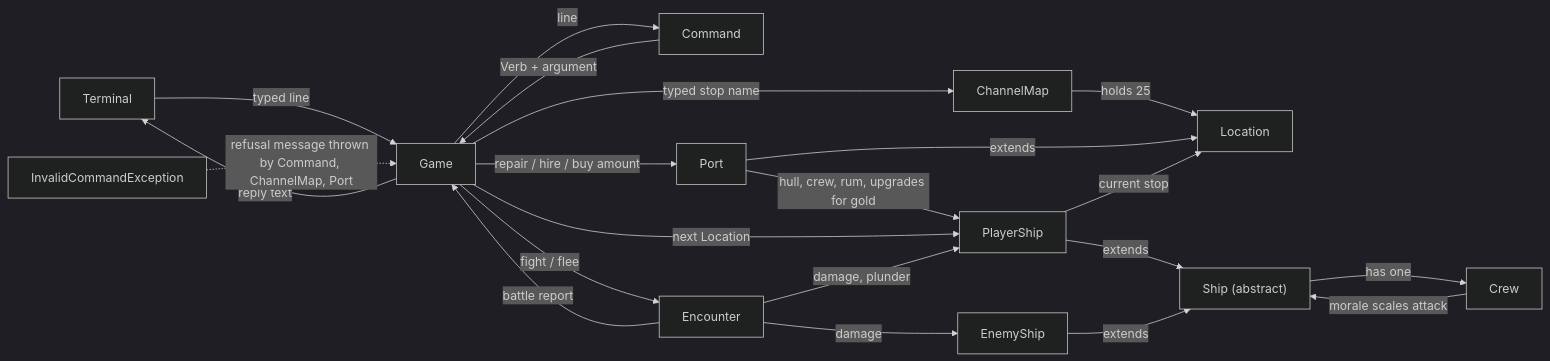
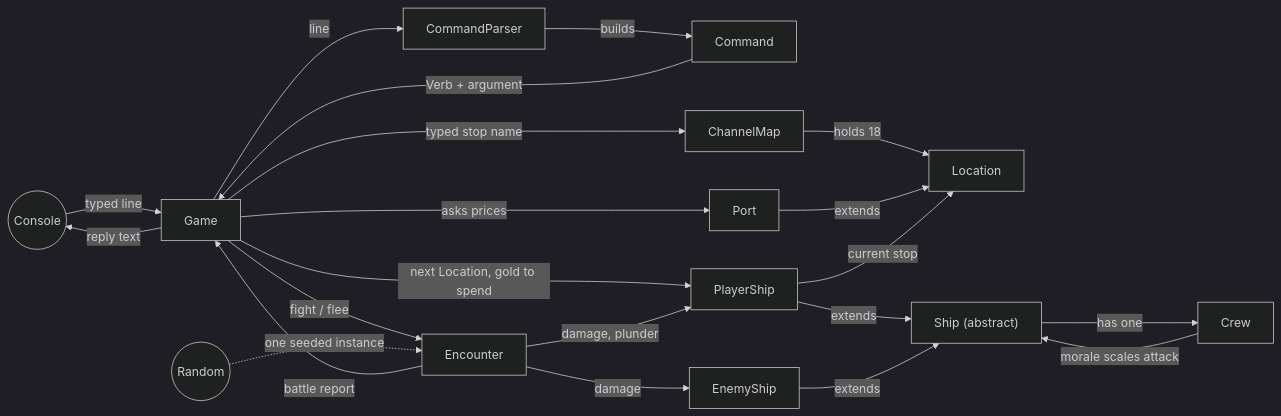
Before and after one commit to DRMarcosVT/cs2114-project1-group87: the diagram in docs/system-diagram.mmd, drawn with Mermaid (dark theme). The commit also changed 10 other files, not shown here.

```diff
--- a/docs/system-diagram.mmd
+++ b/docs/system-diagram.mmd
@@ -1,36 +1,36 @@
 flowchart LR
-    Terminal["Terminal"]
+    Console(("Console"))
+    Game["Game"]
+    CommandParser["CommandParser"]
     Command["Command"]
-    Invalid["InvalidCommandException"]
-    Game["Game"]
     ChannelMap["ChannelMap"]
     Location["Location"]
     Port["Port"]
     Encounter["Encounter"]
     Ship["Ship (abstract)"]
     PlayerShip["PlayerShip"]
     EnemyShip["EnemyShip"]
     Crew["Crew"]
+    Random(("Random"))
 
-    Terminal -- "typed line" --> Game
-    Game -- "reply text" --> Terminal
-    Game -- "line" --> Command
+    Console -- "typed line" --> Game
+    Game -- "reply text" --> Console
+    Game -- "line" --> CommandParser
+    CommandParser -- "builds" --> Command
     Command -- "Verb + argument" --> Game
-    Invalid -. "refusal message thrown by Command, ChannelMap, Port" .-> Game
 
     Game -- "typed stop name" --> ChannelMap
-    ChannelMap -- "holds 25" --> Location
+    ChannelMap -- "holds 18" --> Location
+    Game -- "asks prices" --> Port
     Port -- "extends" --> Location
-    Game -- "repair / hire / buy amount" --> Port
-    Port -- "hull, crew, rum, upgrades for gold" --> PlayerShip
-
-    Game -- "next Location" --> PlayerShip
+    Game -- "next Location, gold to spend" --> PlayerShip
     PlayerShip -- "current stop" --> Location
     Game -- "fight / flee" --> Encounter
     Encounter -- "battle report" --> Game
     Encounter -- "damage, plunder" --> PlayerShip
     Encounter -- "damage" --> EnemyShip
     PlayerShip -- "extends" --> Ship
     EnemyShip -- "extends" --> Ship
     Ship -- "has one" --> Crew
     Crew -- "morale scales attack" --> Ship
+    Random -. "one seeded instance" .-> Encounter
```
